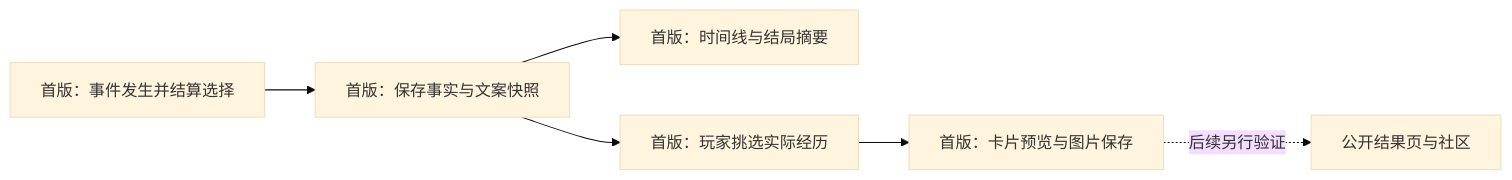
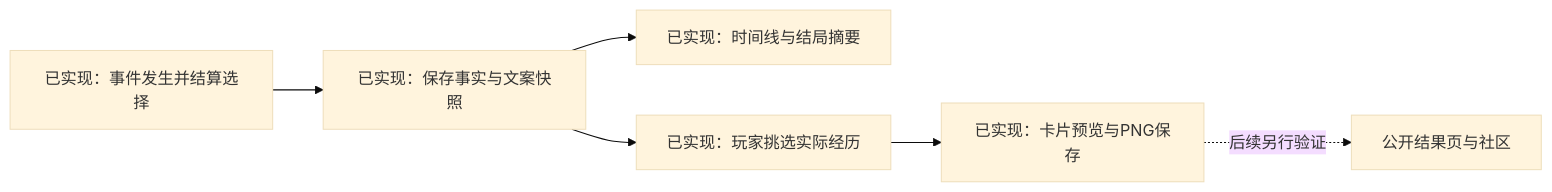
Before and after one commit to yuki-uix/life-sim-product-study: the diagram in docs/event-records.md, drawn with Mermaid (base theme). The commit also changed other lines of this file and 14 other files, not shown here.

````diff
--- a/docs/event-records.md
+++ b/docs/event-records.md
@@ -17,8 +19,8 @@
 ```mermaid
 flowchart LR
-    A[首版：事件发生并结算选择] --> B[首版：保存事实与文案快照]
-    B --> C[首版：时间线与结局摘要]
-    B --> D[首版：玩家挑选实际经历]
-    D --> E[首版：卡片预览与图片保存]
+    A[已实现：事件发生并结算选择] --> B[已实现：保存事实与文案快照]
+    B --> C[已实现：时间线与结局摘要]
+    B --> D[已实现：玩家挑选实际经历]
+    D --> E[已实现：卡片预览与PNG保存]
     E -.后续另行验证.-> F[公开结果页与社区]
 ```
````
